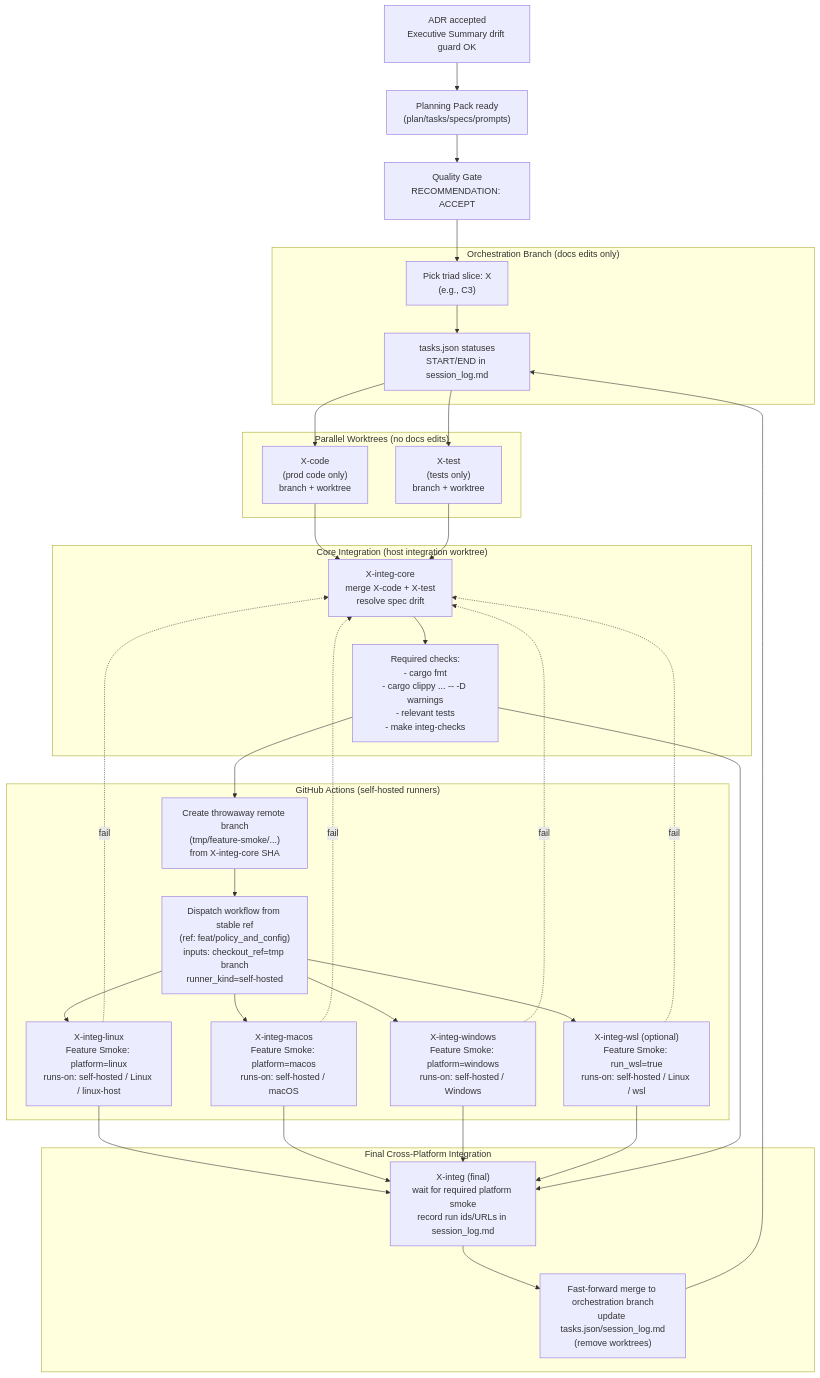
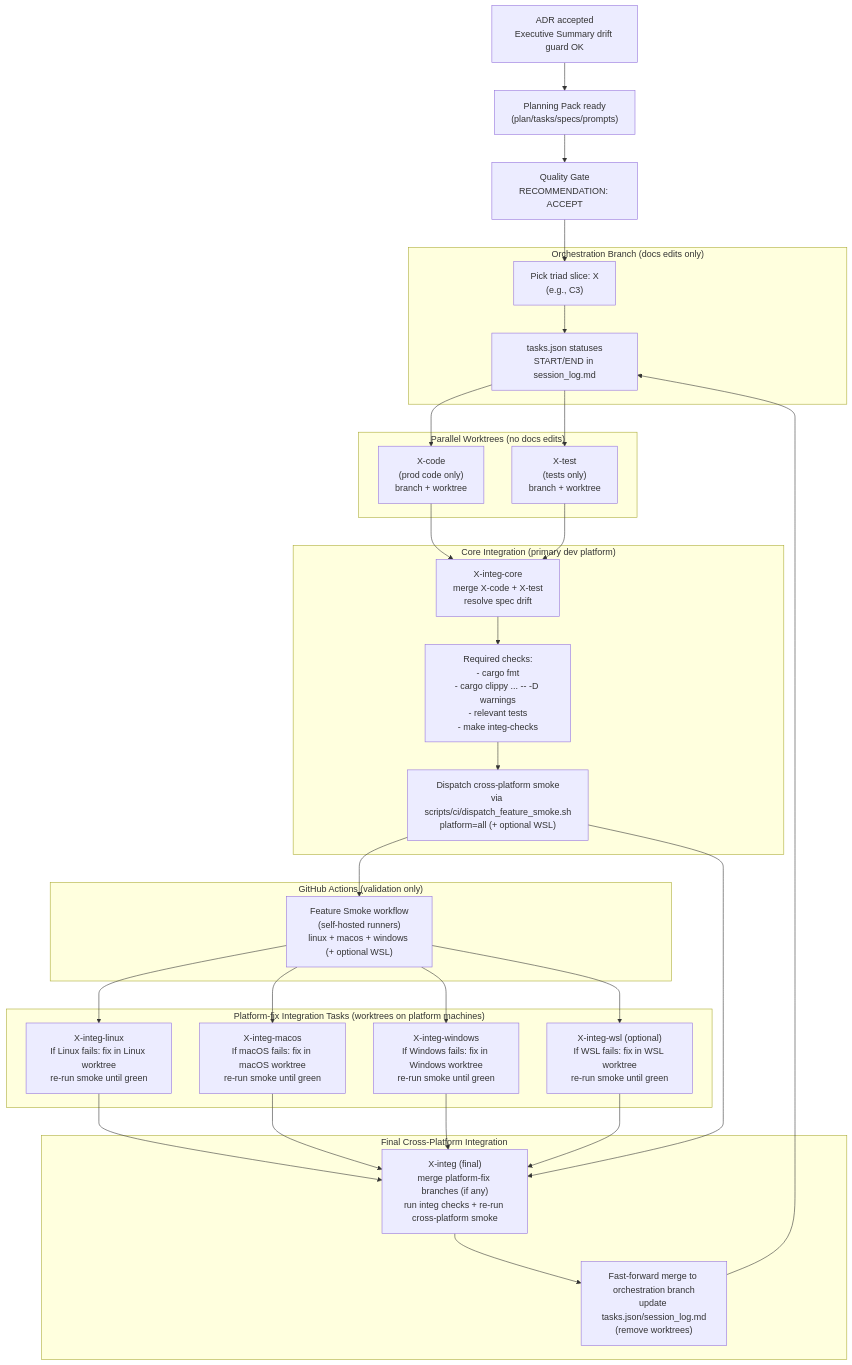
One commit to atomize-hq/substrate changed the diagram in docs/project_management/standards/TRIAD_WORKFLOW_CROSS_PLATFORM_INTEG.md. Above: the diagram before and after it, drawn with Mermaid. The commit also changed other lines of this file and 7 other files, not shown here.

Commit message:
docs: document platform-fix integration workflow

````diff
--- a/docs/project_management/standards/TRIAD_WORKFLOW_CROSS_PLATFORM_INTEG.md
+++ b/docs/project_management/standards/TRIAD_WORKFLOW_CROSS_PLATFORM_INTEG.md
@@ -12,71 +12,70 @@
 ```mermaid
 flowchart TD
   %% ======== Inputs / gating ========
   ADR["ADR accepted<br/>Executive Summary drift guard OK"]
   PACK["Planning Pack ready<br/>(plan/tasks/specs/prompts)"]
   GATE["Quality Gate<br/>RECOMMENDATION: ACCEPT"]
 
   ADR --> PACK --> GATE
 
   %% ======== Triad execution ========
   subgraph ORCH["Orchestration Branch (docs edits only)"]
     START["Pick triad slice: X<br/>(e.g., C3)"]
     TASKS["tasks.json statuses<br/>START/END in session_log.md"]
   end
 
   GATE --> START
   START --> TASKS
 
   subgraph WT["Parallel Worktrees (no docs edits)"]
     CODE["X-code<br/>(prod code only)<br/>branch + worktree"]
     TEST["X-test<br/>(tests only)<br/>branch + worktree"]
   end
 
   TASKS --> CODE
   TASKS --> TEST
 
-  subgraph INTEG_CORE["Core Integration (host integration worktree)"]
+  subgraph INTEG_CORE["Core Integration (primary dev platform)"]
     MERGE["X-integ-core<br/>merge X-code + X-test<br/>resolve spec drift"]
     CORE_CHECKS["Required checks:<br/>- cargo fmt<br/>- cargo clippy ... -- -D warnings<br/>- relevant tests<br/>- make integ-checks"]
+    CORE_DISPATCH["Dispatch cross-platform smoke<br/>via scripts/ci/dispatch_feature_smoke.sh<br/>platform=all (+ optional WSL)"]
   end
 
   CODE --> MERGE
   TEST --> MERGE
   MERGE --> CORE_CHECKS
+  CORE_CHECKS --> CORE_DISPATCH
 
-  %% ======== Cross-platform smoke (parallel) ========
-  subgraph CI["GitHub Actions (self-hosted runners)"]
-    TMPBR["Create throwaway remote branch<br/>(tmp/feature-smoke/...)<br/>from X-integ-core SHA"]
-    DISPATCH["Dispatch workflow from stable ref<br/>(ref: feat/policy_and_config)<br/>inputs: checkout_ref=tmp branch<br/>runner_kind=self-hosted"]
-
-    LNX["X-integ-linux<br/>Feature Smoke: platform=linux<br/>runs-on: self-hosted / Linux / linux-host"]
-    MAC["X-integ-macos<br/>Feature Smoke: platform=macos<br/>runs-on: self-hosted / macOS"]
-    WIN["X-integ-windows<br/>Feature Smoke: platform=windows<br/>runs-on: self-hosted / Windows"]
-    WSL["X-integ-wsl (optional)<br/>Feature Smoke: run_wsl=true<br/>runs-on: self-hosted / Linux / wsl"]
+  %% ======== Smoke validation (CI) ========
+  subgraph CI["GitHub Actions (validation only)"]
+    SMOKE_ALL["Feature Smoke workflow<br/>(self-hosted runners)<br/>linux + macos + windows (+ optional WSL)"]
   end
 
-  CORE_CHECKS --> TMPBR --> DISPATCH
-  DISPATCH --> LNX
-  DISPATCH --> MAC
-  DISPATCH --> WIN
-  DISPATCH --> WSL
+  CORE_DISPATCH --> SMOKE_ALL
 
-  %% If a platform smoke fails, fix in core integration then re-dispatch
-  LNX -.->|fail| MERGE
-  MAC -.->|fail| MERGE
-  WIN -.->|fail| MERGE
-  WSL -.->|fail| MERGE
+  %% ======== Platform-fix tasks (parallel, only if needed) ========
+  subgraph PF["Platform-fix Integration Tasks (worktrees on platform machines)"]
+    LNX["X-integ-linux<br/>If Linux fails: fix in Linux worktree<br/>re-run smoke until green"]
+    MAC["X-integ-macos<br/>If macOS fails: fix in macOS worktree<br/>re-run smoke until green"]
+    WIN["X-integ-windows<br/>If Windows fails: fix in Windows worktree<br/>re-run smoke until green"]
+    WSL["X-integ-wsl (optional)<br/>If WSL fails: fix in WSL worktree<br/>re-run smoke until green"]
+  end
+
+  SMOKE_ALL --> LNX
+  SMOKE_ALL --> MAC
+  SMOKE_ALL --> WIN
+  SMOKE_ALL --> WSL
 
   %% ======== Final aggregator ========
   subgraph INTEG_FINAL["Final Cross-Platform Integration"]
-    AGG["X-integ (final)<br/>wait for required platform smoke<br/>record run ids/URLs in session_log.md"]
+    AGG["X-integ (final)<br/>merge platform-fix branches (if any)<br/>run integ checks + re-run cross-platform smoke"]
     MERGE_BACK["Fast-forward merge to orchestration branch<br/>update tasks.json/session_log.md<br/>(remove worktrees)"]
   end
 
   LNX --> AGG
   MAC --> AGG
   WIN --> AGG
   WSL --> AGG
-  CORE_CHECKS --> AGG
+  CORE_DISPATCH --> AGG
   AGG --> MERGE_BACK --> TASKS
 ```
````
